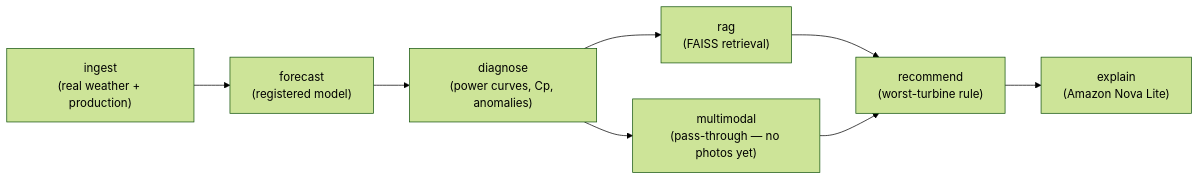
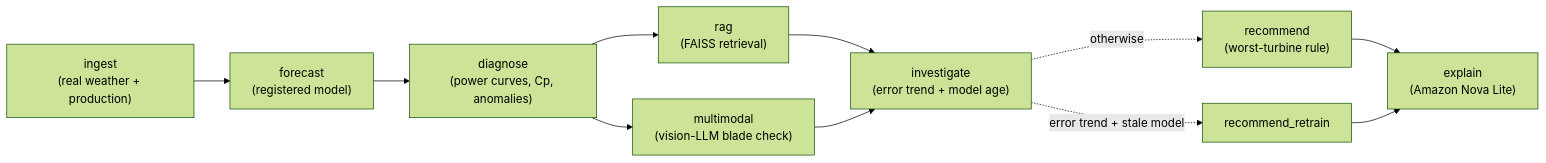
Before and after one commit to fborbon/windward: the second of 2 diagrams in README.md, drawn with Mermaid (forest theme). The commit also changed other lines of this file and 6 other files, not shown here.

````diff
--- a/README.md
+++ b/README.md
@@ -117,10 +123,13 @@
 ```mermaid
 flowchart LR
     ingest["ingest\n(real weather + production)"] --> forecast["forecast\n(registered model)"]
     forecast --> diagnose["diagnose\n(power curves, Cp, anomalies)"]
     diagnose --> rag["rag\n(FAISS retrieval)"]
-    diagnose --> multimodal["multimodal\n(pass-through — no photos yet)"]
-    rag --> recommend["recommend\n(worst-turbine rule)"]
-    multimodal --> recommend
+    diagnose --> multimodal["multimodal\n(vision-LLM blade check)"]
+    rag --> investigate["investigate\n(error trend + model age)"]
+    multimodal --> investigate
+    investigate -.->|error trend + stale model| recommend_retrain["recommend_retrain"]
+    investigate -.->|otherwise| recommend["recommend\n(worst-turbine rule)"]
     recommend --> explain["explain\n(Amazon Nova Lite)"]
+    recommend_retrain --> explain
 ```
````
